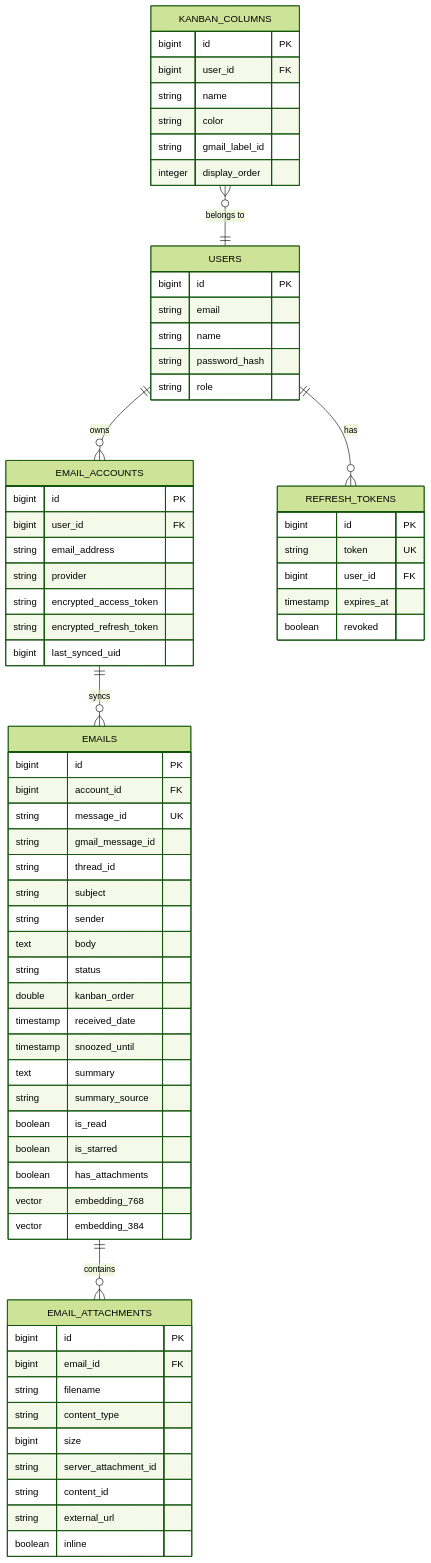
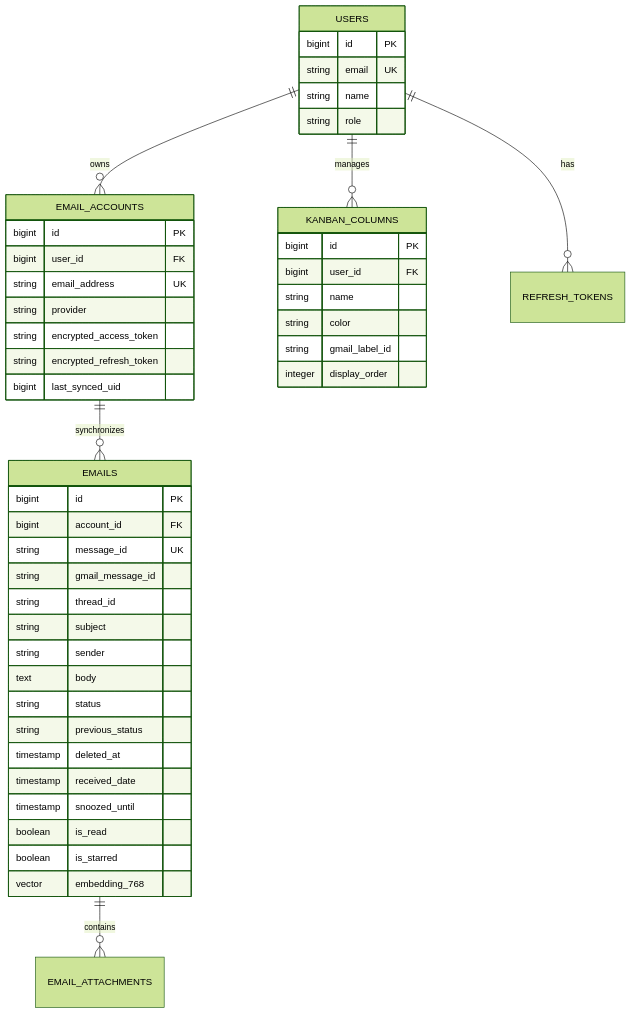
The second of 2 diagrams in README.md (tlavu2004/mailboard-backend), drawn with Mermaid (forest theme) before and after one commit. The commit also changed other lines of this file, not shown here.

````diff
--- a/README.md
+++ b/README.md
@@ -126,77 +106,53 @@
 ```mermaid
 erDiagram
     USERS ||--o{ EMAIL_ACCOUNTS : owns
+    USERS ||--o{ KANBAN_COLUMNS : manages
+    EMAIL_ACCOUNTS ||--o{ EMAILS : synchronizes
+    EMAILS ||--o{ EMAIL_ATTACHMENTS : contains
     USERS ||--o{ REFRESH_TOKENS : has
-    EMAIL_ACCOUNTS ||--o{ EMAILS : syncs
-    EMAILS ||--o{ EMAIL_ATTACHMENTS : contains
-    KANBAN_COLUMNS }o--|| USERS : "belongs to"
 
     USERS {
         bigint id PK
-        string email
+        string email UK
         string name
-        string password_hash
         string role
     }
 
     EMAIL_ACCOUNTS {
         bigint id PK
         bigint user_id FK
-        string email_address
+        string email_address UK
         string provider
         string encrypted_access_token
         string encrypted_refresh_token
         bigint last_synced_uid
     }
 
     EMAILS {
         bigint id PK
         bigint account_id FK
         string message_id UK
         string gmail_message_id
         string thread_id
         string subject
         string sender
         text body
         string status
-        double kanban_order
+        string previous_status
+        timestamp deleted_at
         timestamp received_date
         timestamp snoozed_until
-        text summary
-        string summary_source
         boolean is_read
         boolean is_starred
-        boolean has_attachments
         vector embedding_768
-        vector embedding_384
-    }
-
-    EMAIL_ATTACHMENTS {
-        bigint id PK
-        bigint email_id FK
-        string filename
-        string content_type
-        bigint size
-        string server_attachment_id
-        string content_id
-        string external_url
-        boolean inline
     }
 
     KANBAN_COLUMNS {
         bigint id PK
         bigint user_id FK
         string name
         string color
         string gmail_label_id
         integer display_order
     }
-
-    REFRESH_TOKENS {
-        bigint id PK
-        string token UK
-        bigint user_id FK
-        timestamp expires_at
-        boolean revoked
-    }
 ```
````
